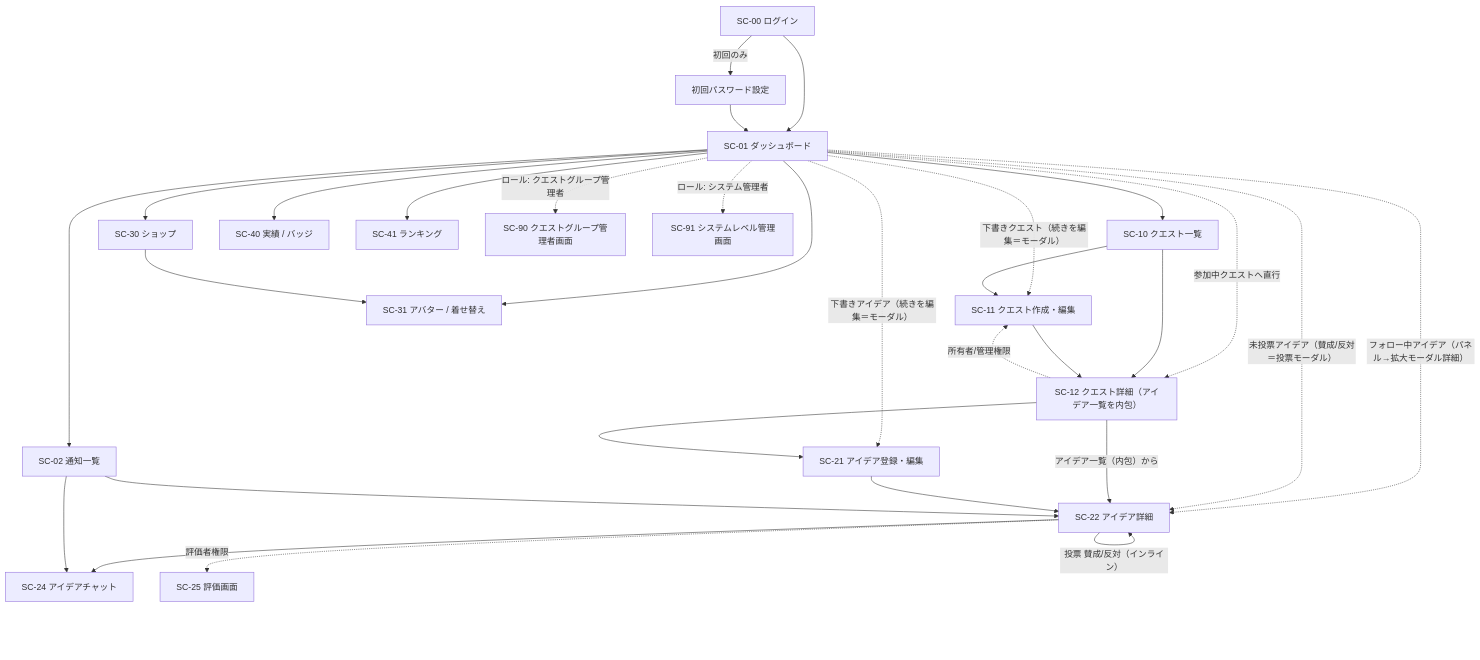
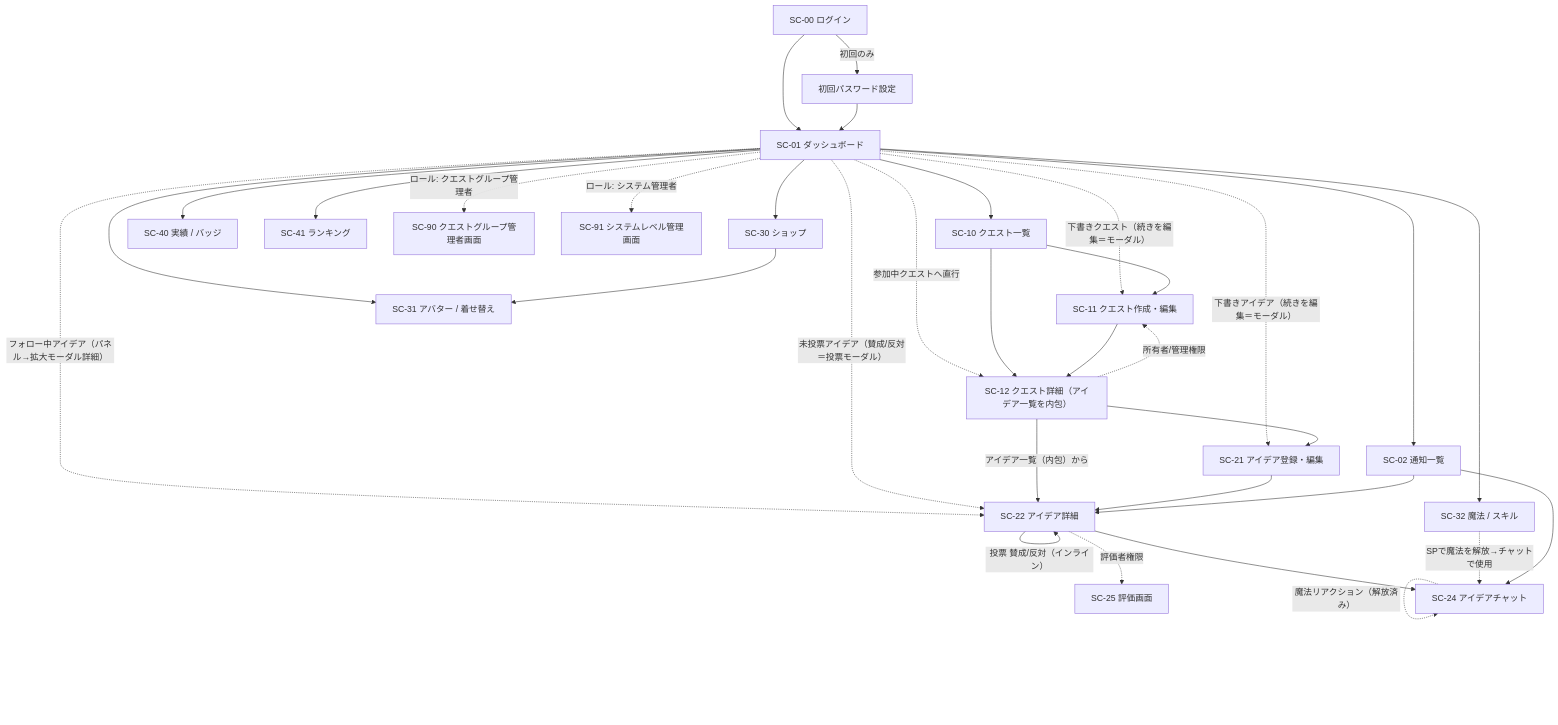
The diagram in doc/画面設計/画面遷移図.md (t-umekawa-sc/sc-ideaquest-G2), drawn with Mermaid before and after one commit. The commit also changed other lines of this file and 6 other files, not shown here.

````diff
--- a/doc/画面設計/画面遷移図.md
+++ b/doc/画面設計/画面遷移図.md
@@ -37,38 +38,42 @@
 ```mermaid
 flowchart TD
     LOGIN["SC-00 ログイン"] -->|"初回のみ"| PWSET["初回パスワード設定"]
     LOGIN --> DASH["SC-01 ダッシュボード"]
     PWSET --> DASH
 
     DASH --> QLIST["SC-10 クエスト一覧"]
     DASH -. "参加中クエストへ直行" .-> QDETAIL["SC-12 クエスト詳細（アイデア一覧を内包）"]
     DASH -. "フォロー中アイデア（パネル→拡大モーダル詳細）" .-> IDETAIL["SC-22 アイデア詳細"]
     DASH -. "下書きクエスト（続きを編集＝モーダル）" .-> QNEW
     DASH -. "下書きアイデア（続きを編集＝モーダル）" .-> INEW
     DASH -. "未投票アイデア（賛成/反対＝投票モーダル）" .-> IDETAIL
     DASH --> SHOP["SC-30 ショップ"]
     DASH --> AVATAR["SC-31 アバター / 着せ替え"]
+    DASH --> SPELL["SC-32 魔法 / スキル"]
     DASH --> NOTIF["SC-02 通知一覧"]
     DASH --> ACHIEVE["SC-40 実績 / バッジ"]
     DASH --> RANK["SC-41 ランキング"]
     DASH -. "ロール: クエストグループ管理者" .-> QGADMIN["SC-90 クエストグループ管理者画面"]
     DASH -. "ロール: システム管理者" .-> SYSADMIN["SC-91 システムレベル管理画面"]
 
     QLIST --> QNEW["SC-11 クエスト作成・編集"]
     QLIST --> QDETAIL
     QNEW --> QDETAIL
 
     QDETAIL -->|"アイデア一覧（内包）から"| IDETAIL["SC-22 アイデア詳細"]
     QDETAIL --> INEW["SC-21 アイデア登録・編集"]
     QDETAIL -. "所有者/管理権限" .-> QNEW
     INEW --> IDETAIL
 
     IDETAIL -->|"投票 賛成/反対（インライン）"| IDETAIL
     IDETAIL --> CHAT["SC-24 アイデアチャット"]
     IDETAIL -. "評価者権限" .-> EVAL["SC-25 評価画面"]
 
+    CHAT -. "魔法リアクション（解放済み）" .-> CHAT
+    SPELL -. "SPで魔法を解放→チャットで使用" .-> CHAT
+
     SHOP --> AVATAR
 
     NOTIF --> IDETAIL
     NOTIF --> CHAT
 ```
````
